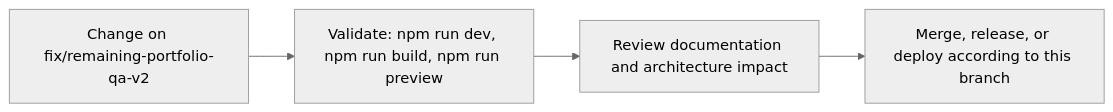
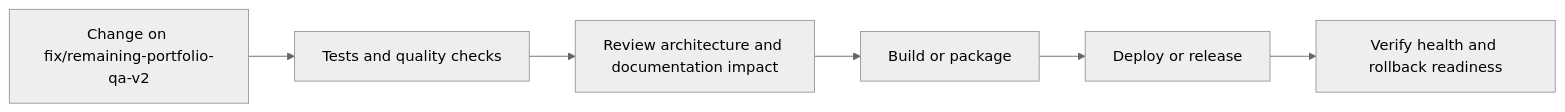
Before and after one commit to Nischhalsubba/nischhalsubba.com.np: the seventh of 8 diagrams in README.md, drawn with Mermaid (neutral theme). The commit also changed other lines of this file, not shown here.

````diff
--- a/README.md
+++ b/README.md
@@ -86,8 +216,8 @@
 ```mermaid
 flowchart LR
-    CHANGE["Change on fix/remaining-portfolio-qa-v2"]
-    CHECK["Validate: npm run dev, npm run build, npm run preview"]
-    REVIEW["Review documentation and architecture impact"]
-    RELEASE["Merge, release, or deploy according to this branch"]
-    CHANGE --> CHECK --> REVIEW --> RELEASE
+    CHANGE["Change on fix/remaining-portfolio-qa-v2"] --> CHECK["Tests and quality checks"]
+    CHECK --> REVIEW["Review architecture and documentation impact"]
+    REVIEW --> BUILD["Build or package"]
+    BUILD --> DEPLOY["Deploy or release"]
+    DEPLOY --> VERIFY["Verify health and rollback readiness"]
 ```
````
